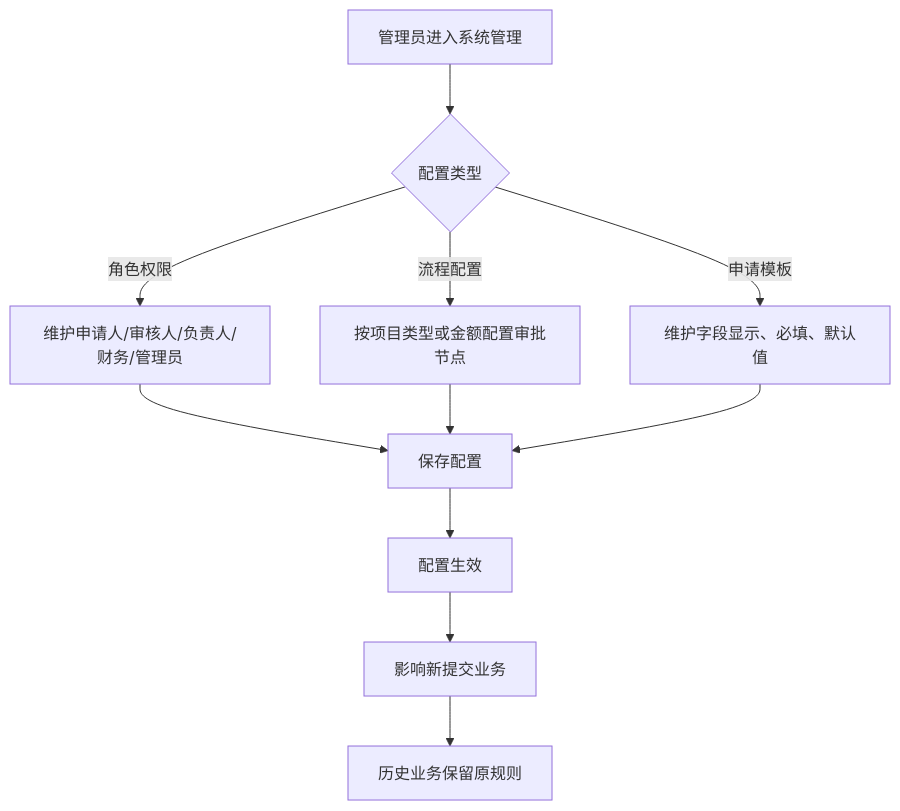
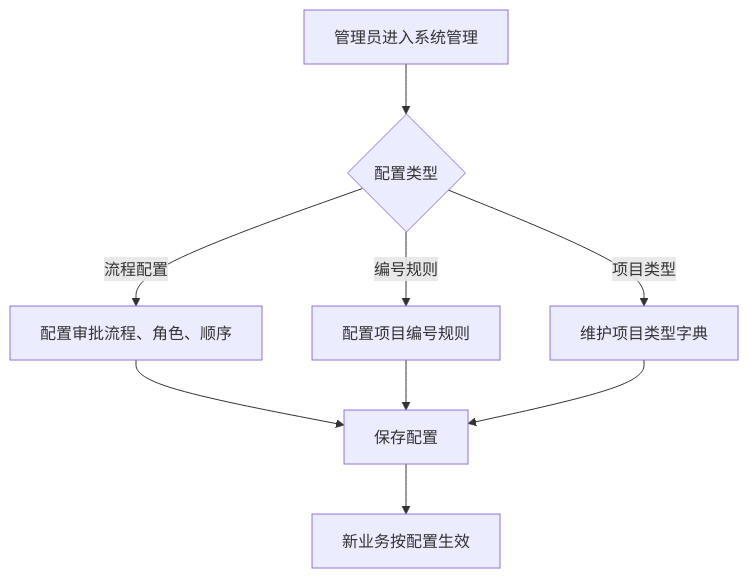
Before and after one commit to Jess-0411/github.io: the sixth of 7 diagrams in 业务流程与架构图.md, drawn with Mermaid. The commit also changed other lines of this file and 6 other files, not shown here.

````diff
--- a/业务流程与架构图.md
+++ b/业务流程与架构图.md
@@ -131,13 +86,11 @@
 ```mermaid
 flowchart TD
   A["管理员进入系统管理"] --> B{"配置类型"}
-  B -->|角色权限| C["维护申请人/审核人/负责人/财务/管理员"]
-  B -->|流程配置| D["按项目类型或金额配置审批节点"]
-  B -->|申请模板| E["维护字段显示、必填、默认值"]
+  B -->|流程配置| C["配置审批流程、角色、顺序"]
+  B -->|编号规则| D["配置项目编号规则"]
+  B -->|项目类型| E["维护项目类型字典"]
   C --> F["保存配置"]
   D --> F
   E --> F
-  F --> G["配置生效"]
-  G --> H["影响新提交业务"]
-  H --> I["历史业务保留原规则"]
+  F --> G["新业务按配置生效"]
 ```
````
